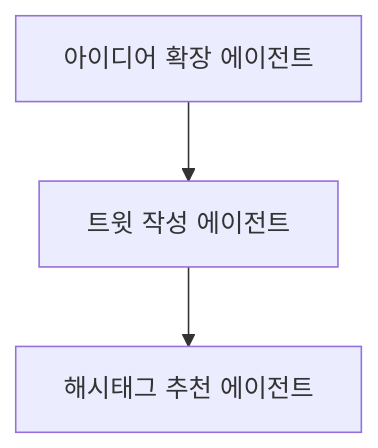
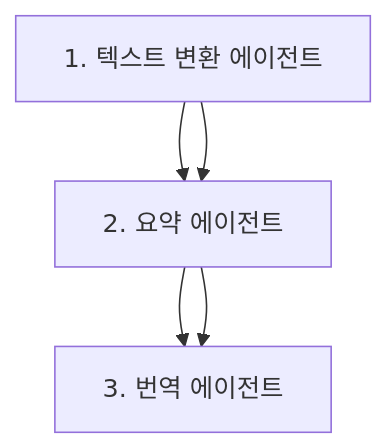
The first of 8 diagrams in book/07-process-workflow.md (wooxist/ai-instructions), drawn with Mermaid before and after one commit. The commit also changed other lines of this file and 2 other files, not shown here.

````diff
--- a/book/07-process-workflow.md
+++ b/book/07-process-workflow.md
@@ -48,5 +59,7 @@
   ```mermaid
   graph TD
       A[아이디어 확장 에이전트] --> B[트윗 작성 에이전트]
       B --> C[해시태그 추천 에이전트]
+      A[1. 텍스트 변환 에이전트] --> B[2. 요약 에이전트]
+      B --> C[3. 번역 에이전트]
   ```
````
